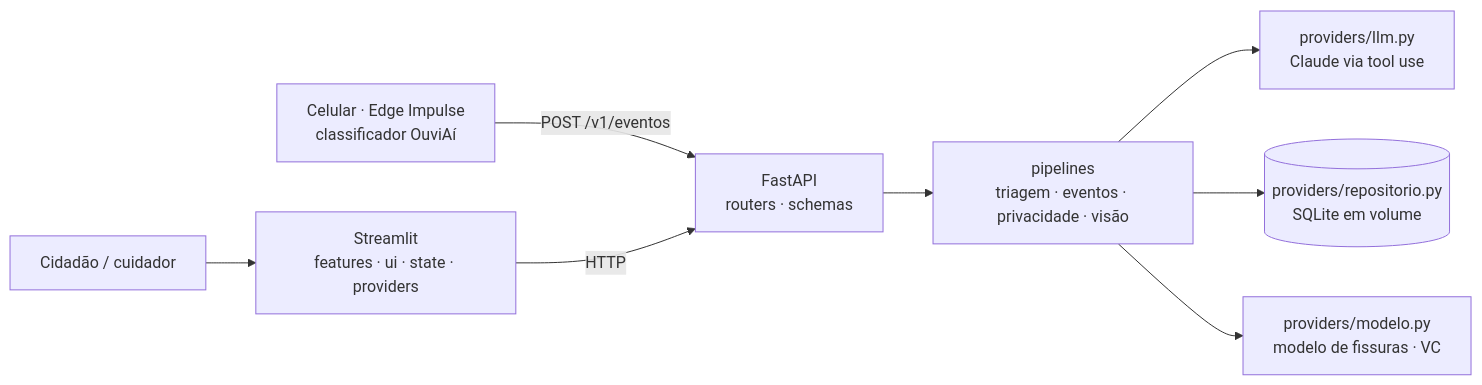
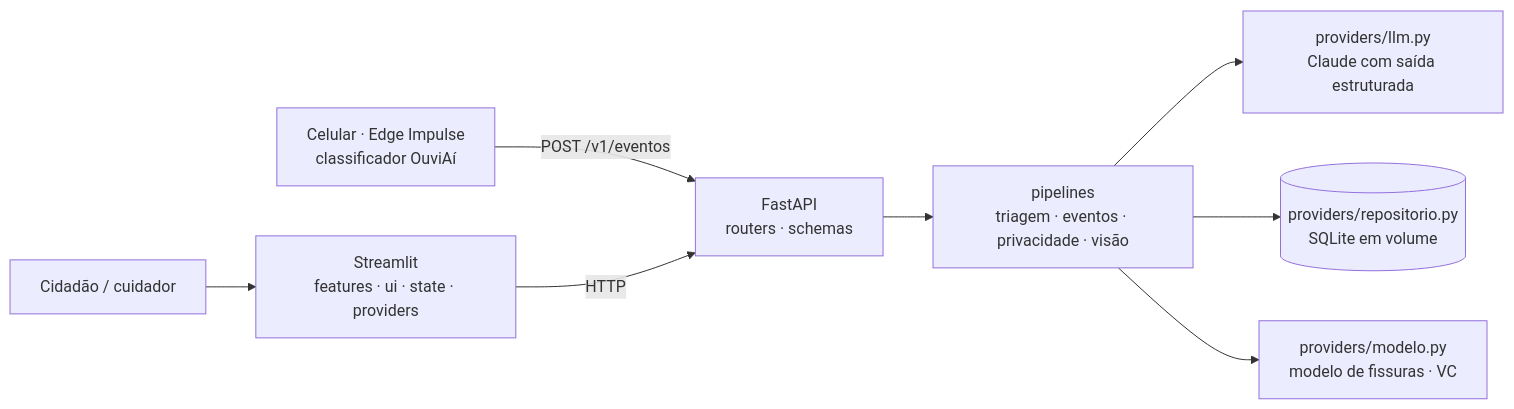
One commit to Nikkas1/GS_Final changed the diagram in citizentech/README.md. Above: the diagram before and after it, drawn with Mermaid. The commit also changed other lines of this file and 7 other files, not shown here.

````diff
--- a/citizentech/README.md
+++ b/citizentech/README.md
@@ -27,10 +27,10 @@
 ```mermaid
 flowchart LR
   CEL[Celular · Edge Impulse<br/>classificador OuviAí] -- POST /v1/eventos --> API
   U[Cidadão / cuidador] --> F[Streamlit<br/>features · ui · state · providers]
   F -- HTTP --> API[FastAPI<br/>routers · schemas]
   API --> P[pipelines<br/>triagem · eventos · privacidade · visão]
-  P --> L[providers/llm.py<br/>Claude via tool use]
+  P --> L[providers/llm.py<br/>Claude com saída estruturada]
   P --> R[(providers/repositorio.py<br/>SQLite em volume)]
   P --> M[providers/modelo.py<br/>modelo de fissuras · VC]
 ```
````
